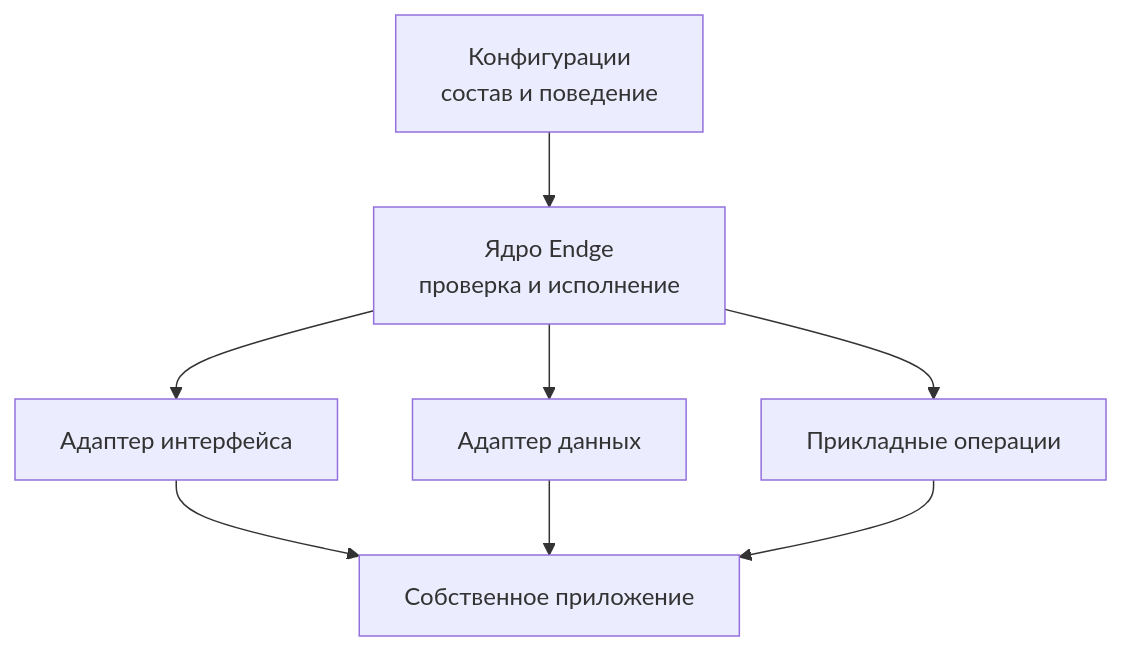
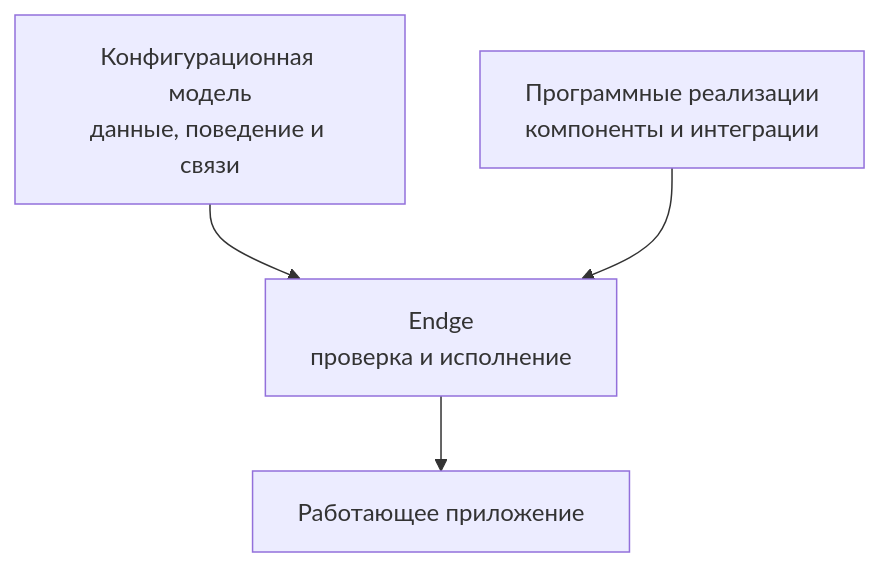
One commit to endge-lab/configurator-docs changed the diagram in docs/index.md. Above: the diagram before and after it, drawn with Mermaid. The commit also changed other lines of this file and 17 other files, not shown here.

````diff
--- a/docs/index.md
+++ b/docs/index.md
@@ -19,15 +41,11 @@
 ```mermaid
 flowchart TB
-  SOURCE["Конфигурации<br/>состав и поведение"] --> CORE["Ядро Endge<br/>проверка и исполнение"]
-  CORE --> UI["Адаптер интерфейса"]
-  CORE --> DATA["Адаптер данных"]
-  CORE --> OPERATIONS["Прикладные операции"]
-  UI --> APP["Собственное приложение"]
-  DATA --> APP
-  OPERATIONS --> APP
+  MODEL["Конфигурационная модель<br/>данные, поведение и связи"] --> CORE["Endge<br/>проверка и исполнение"]
+  IMPL["Программные реализации<br/>компоненты и интеграции"] --> CORE
+  CORE --> APP["Работающее приложение"]
 
-  class SOURCE endgeInput
+  class MODEL endgeInput
   class CORE endgeProcess
-  class UI,DATA,OPERATIONS endgePackage
+  class IMPL endgePackage
   class APP endgeSuccess
 ```
````
